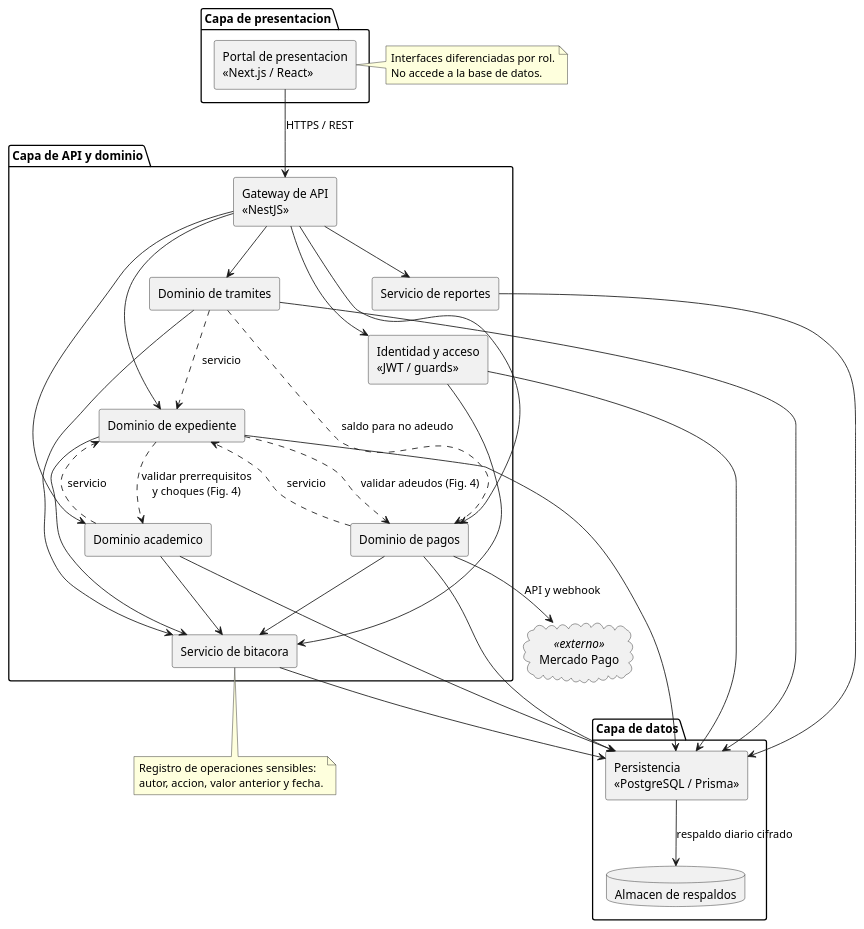
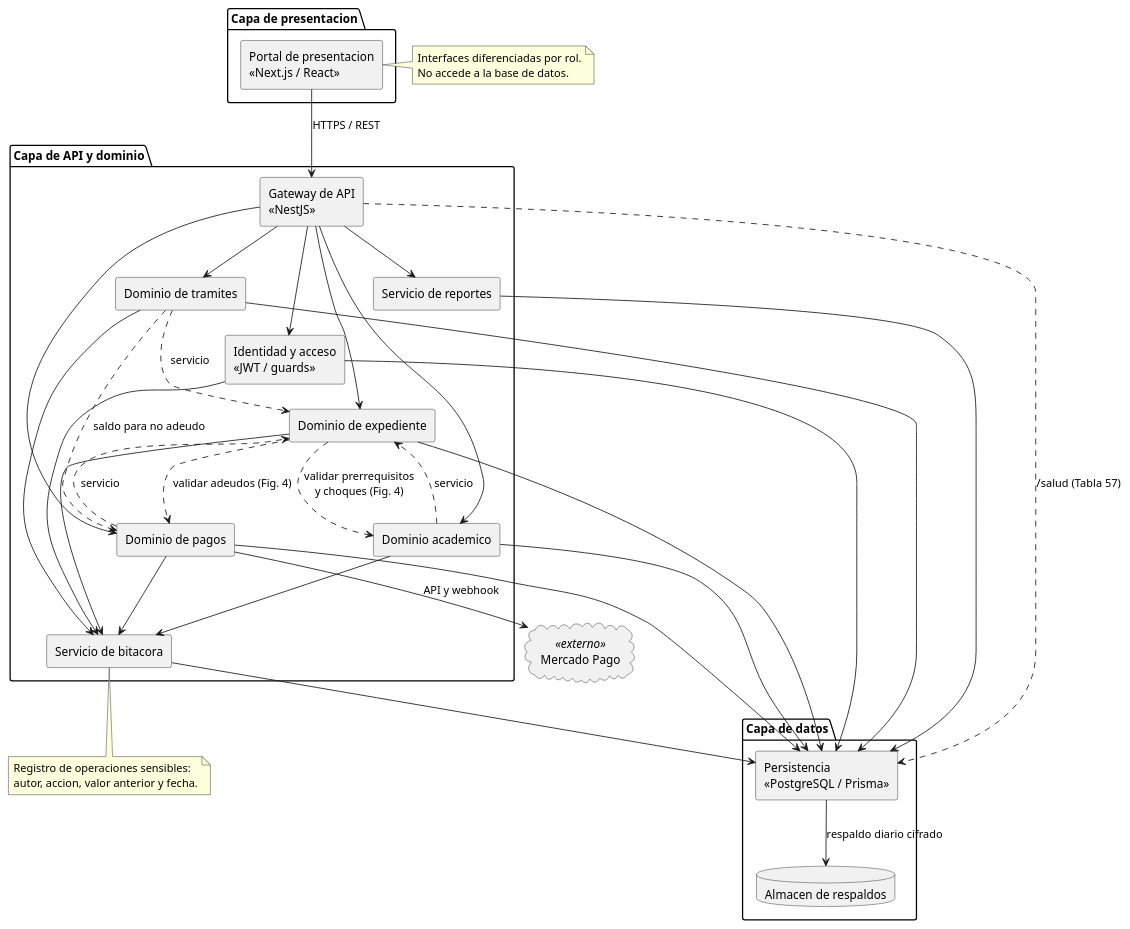
The diagram in docs/arquitectura/fig02-componentes.puml (fjmp-dev/sce-control-escolar), drawn with PlantUML before and after one commit. The commit also changed 9 other files, not shown here.

First line of the commit message:
docs(arquitectura): CC-014 dependencia del gateway a persistencia en la Fig. 2

```diff
--- a/docs/arquitectura/fig02-componentes.puml
+++ b/docs/arquitectura/fig02-componentes.puml
@@ -1,75 +1,76 @@
 @startuml fig02-componentes
 ' Figura 2. Diagrama de componentes UML: arquitectura logica del SCE.
 ' Fuente: SCE-MC-001 v2.0, seccion 13.2 y Tabla 28.
 ' Regla de diseno: la presentacion nunca accede a la base de datos y los
 ' dominios se comunican a traves de servicios, no de tablas compartidas.
 skinparam shadowing false
 skinparam componentStyle rectangle
 
 package "Capa de presentacion" {
   [Portal de presentacion\n<<Next.js / React>>] as PORTAL
 }
 
 package "Capa de API y dominio" {
   [Gateway de API\n<<NestJS>>] as GW
   [Identidad y acceso\n<<JWT / guards>>] as IAM
   [Dominio de expediente] as DEXP
   [Dominio academico] as DACA
   [Dominio de pagos] as DPAG
   [Dominio de tramites] as DTRA
   [Servicio de bitacora] as SBIT
   [Servicio de reportes] as SREP
 }
 
 package "Capa de datos" {
   [Persistencia\n<<PostgreSQL / Prisma>>] as PERS
   database "Almacen de respaldos" as BKP
 }
 
 cloud "Mercado Pago" as MP <<externo>>
 
 PORTAL --> GW : HTTPS / REST
 GW --> IAM
 GW --> DEXP
 GW --> DACA
 GW --> DPAG
 GW --> DTRA
 GW --> SREP
 
 DEXP --> SBIT
 DACA --> SBIT
 DPAG --> SBIT
 DTRA --> SBIT
 
 DEXP --> PERS
 DACA --> PERS
 DPAG --> PERS
 DTRA --> PERS
 SBIT --> PERS
 SREP --> PERS
 IAM --> PERS
 
 DPAG --> MP : API y webhook
 PERS --> BKP : respaldo diario cifrado
 
 DACA ..> DEXP : servicio
 DPAG ..> DEXP : servicio
 DTRA ..> DEXP : servicio
 
 ' CC-014: dependencias que ya exigen otras figuras y requisitos.
 DEXP ..> DACA : validar prerrequisitos\ny choques (Fig. 4)
 DEXP ..> DPAG : validar adeudos (Fig. 4)
 DTRA ..> DPAG : saldo para no adeudo
 IAM --> SBIT
+GW ..> PERS : /salud (Tabla 57)
 
 note right of PORTAL
   Interfaces diferenciadas por rol.
   No accede a la base de datos.
 end note
 
 note bottom of SBIT
   Registro de operaciones sensibles:
   autor, accion, valor anterior y fecha.
 end note
 
 @enduml
```
